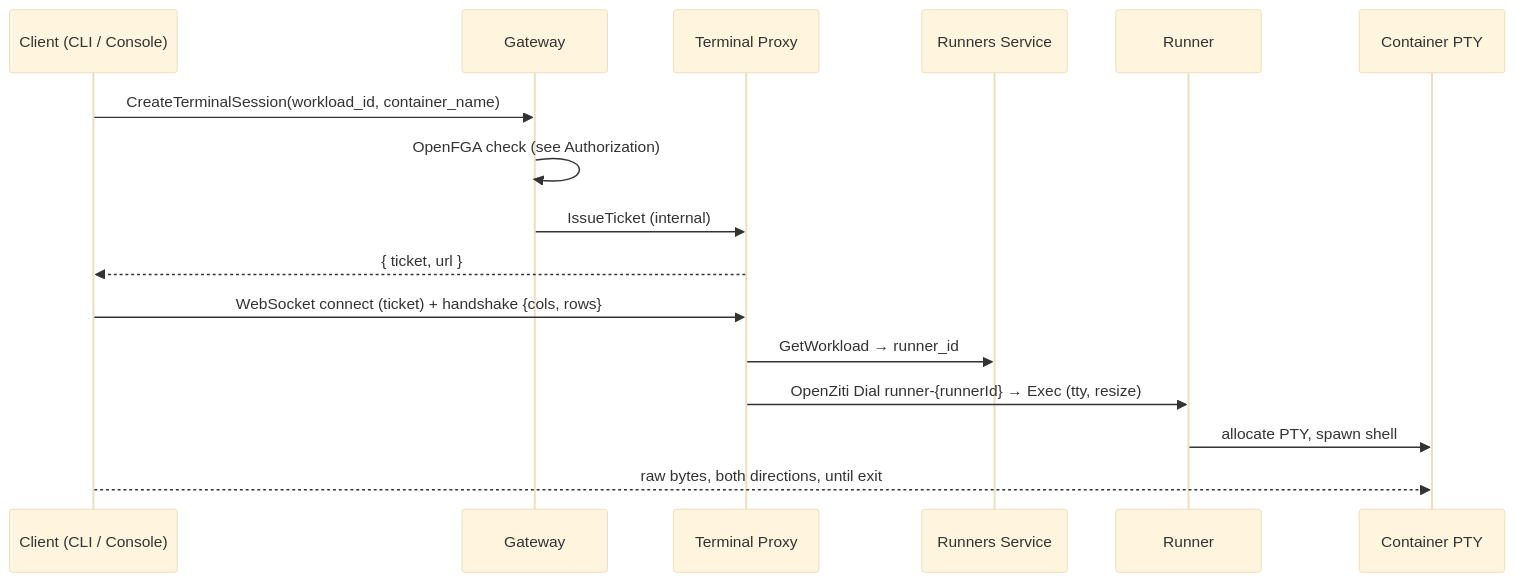
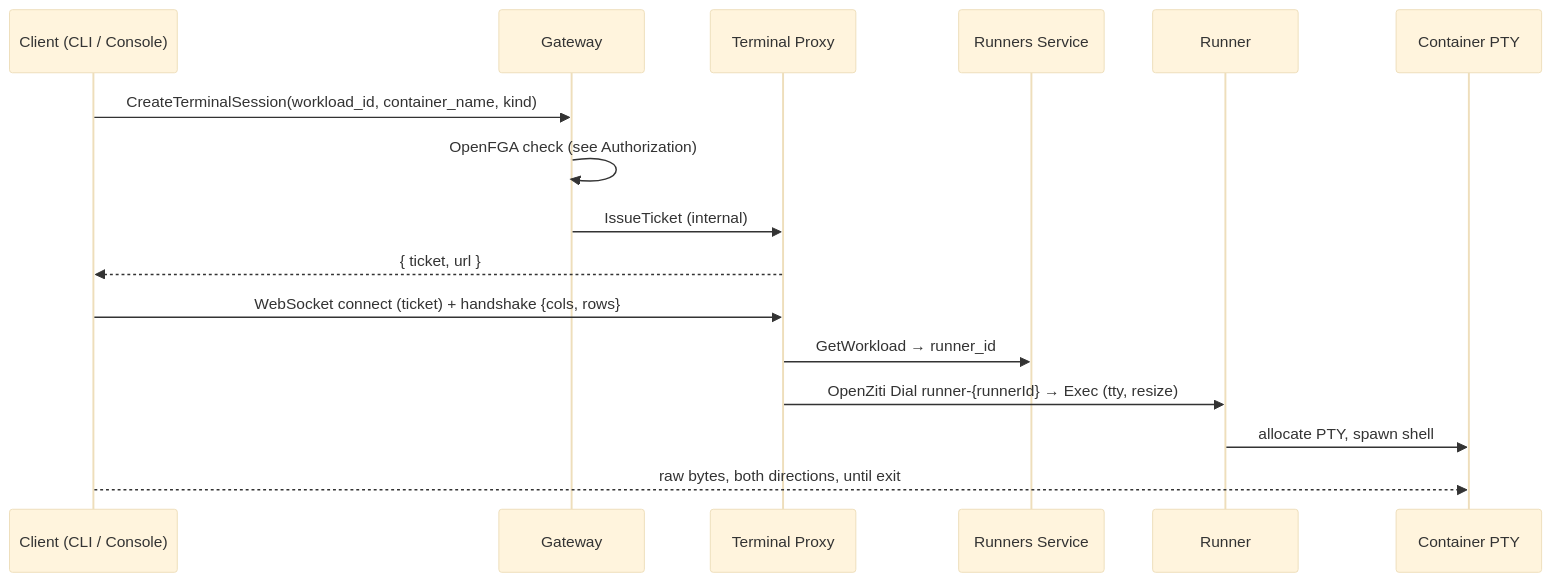
Before and after one commit to agynio/architecture: the diagram in architecture/terminal-proxy.md, drawn with Mermaid (base theme). The commit also changed other lines of this file and 15 other files, not shown here.

````diff
--- a/architecture/terminal-proxy.md
+++ b/architecture/terminal-proxy.md
@@ -27,19 +30,19 @@
 ```mermaid
 sequenceDiagram
     participant C as Client (CLI / Console)
     participant G as Gateway
     participant TP as Terminal Proxy
     participant RS as Runners Service
     participant R as Runner
     participant K as Container PTY
 
-    C->>G: CreateTerminalSession(workload_id, container_name)
+    C->>G: CreateTerminalSession(workload_id, container_name, kind)
     G->>G: OpenFGA check (see Authorization)
     G->>TP: IssueTicket (internal)
     TP-->>C: { ticket, url }
     C->>TP: WebSocket connect (ticket) + handshake {cols, rows}
     TP->>RS: GetWorkload → runner_id
     TP->>R: OpenZiti Dial runner-{runnerId} → Exec (tty, resize)
     R->>K: allocate PTY, spawn shell
     C-->>K: raw bytes, both directions, until exit
 ```
````
